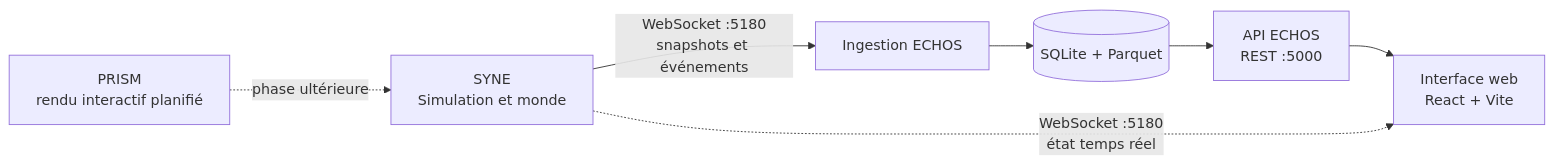
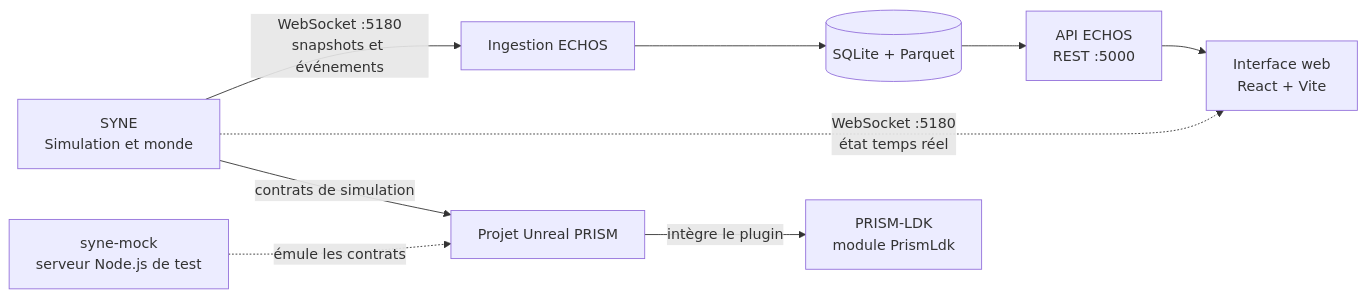
One commit to donovan-dev-web/LIVEX changed the diagram in README.md. Above: the diagram before and after it, drawn with Mermaid. The commit also changed other lines of this file and 16 other files, not shown here.

First line of the commit message:
docs(livex): réaligne la documentation transverse sur PRISM-Unreal et cadre syne-mock

````diff
--- a/README.md
+++ b/README.md
@@ -40,9 +40,11 @@
 ```mermaid
 flowchart LR
     S[SYNE<br/>Simulation et monde] -->|WebSocket :5180<br/>snapshots et événements| I[Ingestion ECHOS]
     I --> D[(SQLite + Parquet)]
     D --> A[API ECHOS<br/>REST :5000]
     A --> U[Interface web<br/>React + Vite]
     S -.->|WebSocket :5180<br/>état temps réel| U
-    C[PRISM<br/>rendu interactif planifié] -.->|phase ultérieure| S
+    S -->|contrats de simulation| P[Projet Unreal PRISM]
+    P -->|intègre le plugin| L[PRISM-LDK<br/>module PrismLdk]
+    M[syne-mock<br/>serveur Node.js de test] -.->|émule les contrats| P
 ```
````
